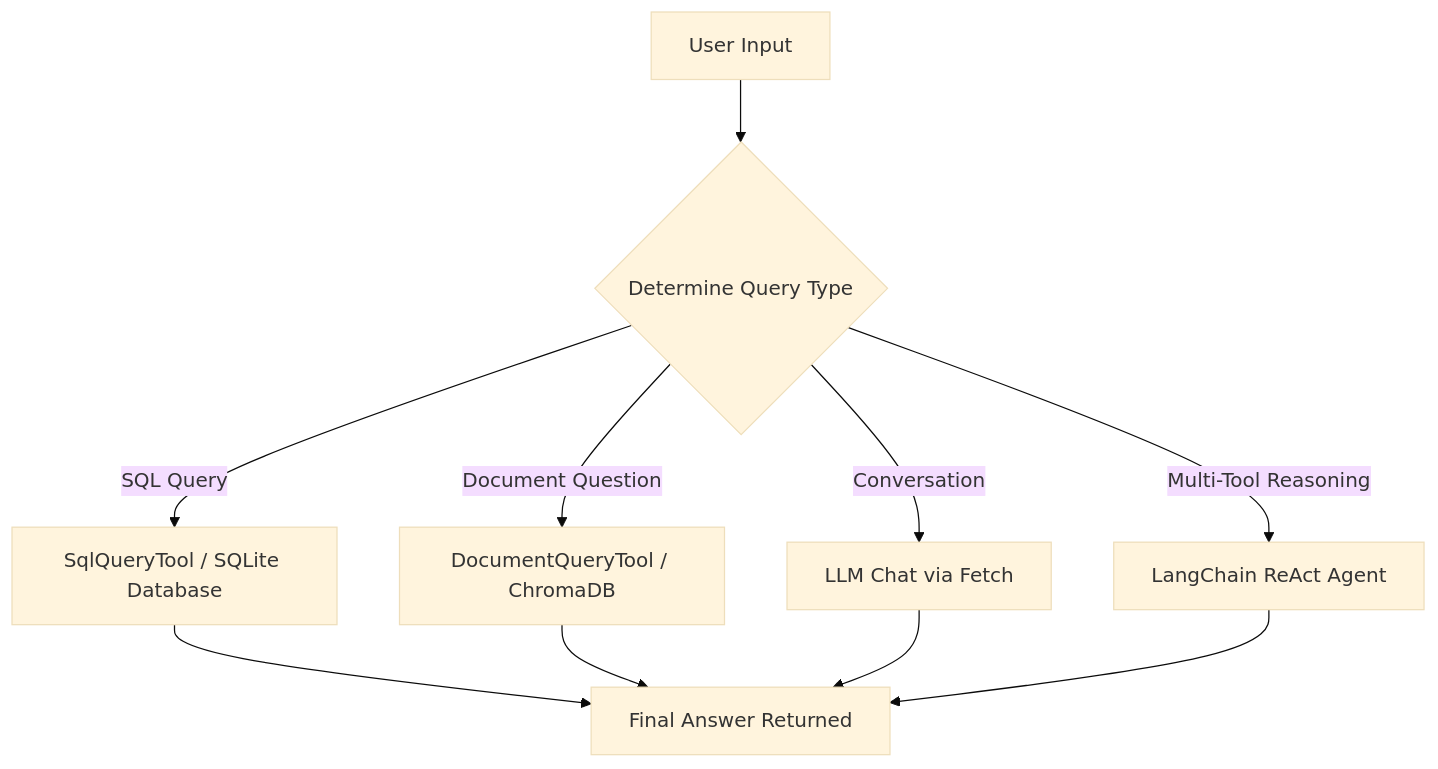
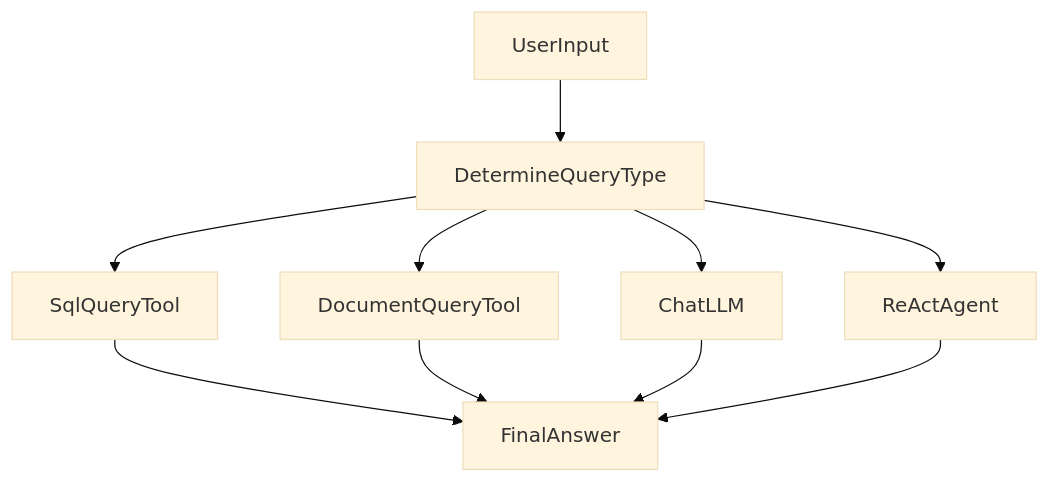
One commit to is-leeroy-jenkins/Foo changed the second of 2 diagrams in README.md. Above: the diagram before and after it, drawn with Mermaid (base theme).

````diff
--- a/README.md
+++ b/README.md
@@ -108,15 +108,23 @@
 ```mermaid
 flowchart TD
+    UserInput --> Decision
 
-    UserInput[User Input] --> Decide{Determine Query Type}
+    Decision --> SQLQuery
+    Decision --> DocQuery
+    Decision --> ChatQuery
+    Decision --> AgentQuery
 
-    Decide -->|SQL Query| SQLTool[SqlQueryTool / SQLite Database]
-    Decide -->|Document Question| DocTool[DocumentQueryTool / ChromaDB]
-    Decide -->|Conversation| ChatPath[LLM Chat via Fetch]
-    Decide -->|Multi-Tool Reasoning| Agent[LangChain ReAct Agent]
+    SQLQuery --> Answer
+    DocQuery --> Answer
+    ChatQuery --> Answer
+    AgentQuery --> Answer
 
-    SQLTool --> Answer[Final Answer Returned]
-    DocTool --> Answer
-    ChatPath --> Answer
-    Agent --> Answer
+    UserInput[UserInput]
+    Decision[DetermineQueryType]
+    SQLQuery[SqlQueryTool]
+    DocQuery[DocumentQueryTool]
+    ChatQuery[ChatLLM]
+    AgentQuery[ReActAgent]
+    Answer[FinalAnswer]
+
 ```
````
